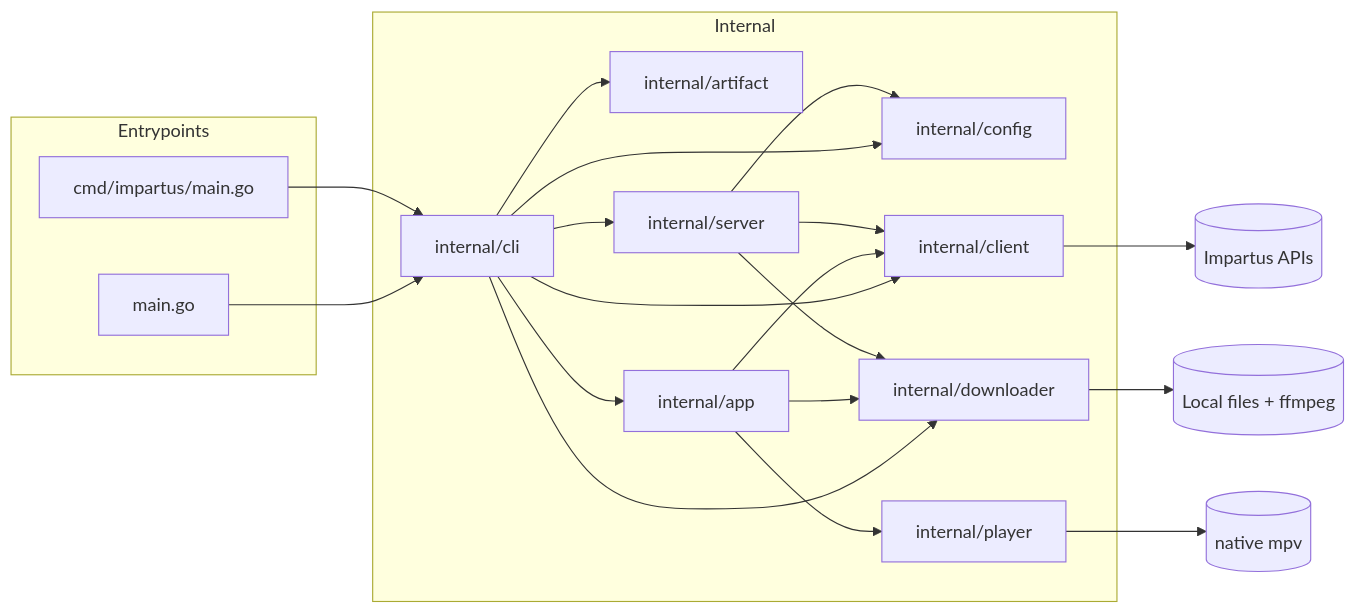
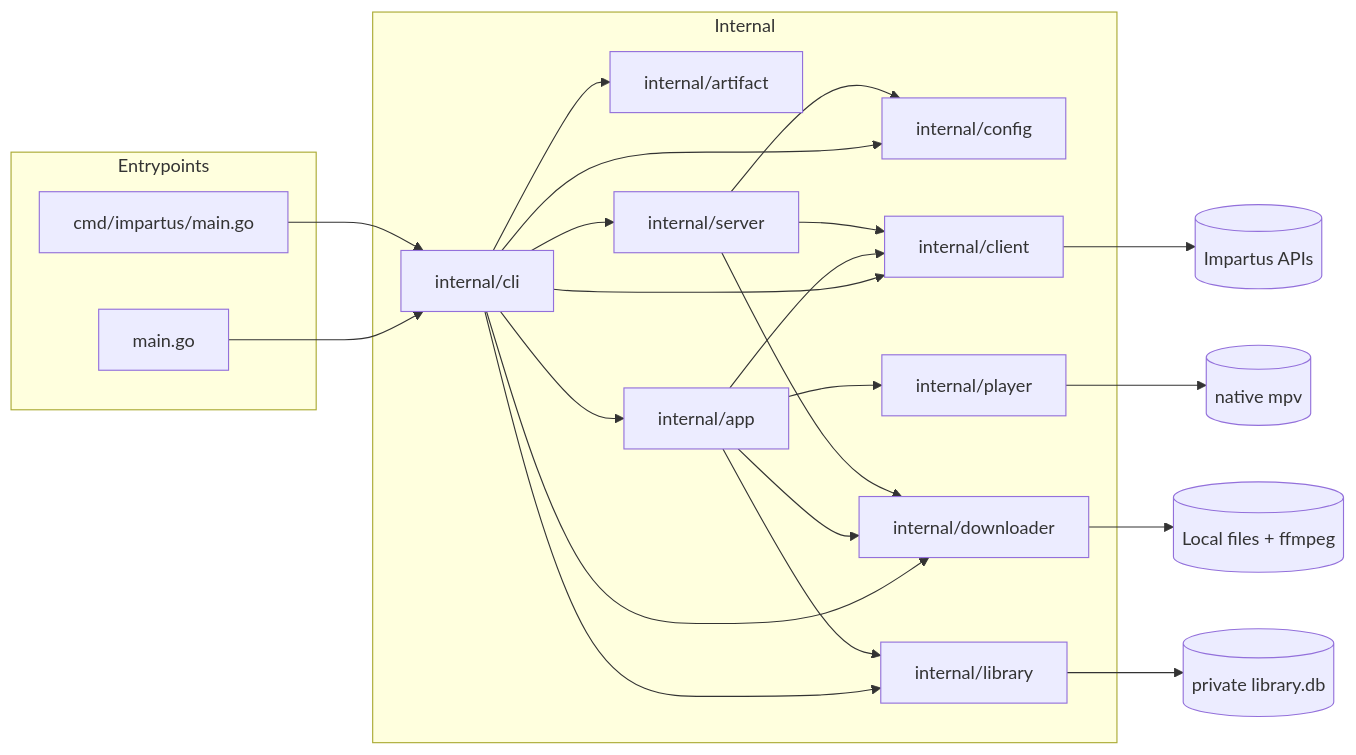
One commit to rabesss/impartus-cli changed the sixth of 6 diagrams in docs/architecture.md. Above: the diagram before and after it, drawn with Mermaid. The commit also changed other lines of this file and 43 other files, not shown here.

````diff
--- a/docs/architecture.md
+++ b/docs/architecture.md
@@ -150,40 +195,45 @@
 ```mermaid
 flowchart LR
   subgraph Entrypoints
     M1[main.go]
     M2[cmd/impartus/main.go]
   end
 
   subgraph Internal
     CLI[internal/cli]
     CFG[internal/config]
     CLT[internal/client]
     DL[internal/downloader]
     ART[internal/artifact]
     APP[internal/app]
     PLR[internal/player]
+    LIB[internal/library]
     SRV[internal/server]
   end
 
   IMP[(Impartus APIs)]
   FS[(Local files + ffmpeg)]
   MPV[(native mpv)]
+  DB[(private library.db)]
 
   M1 --> CLI
   M2 --> CLI
   CLI --> CFG
   CLI --> CLT
   CLI --> DL
   CLI --> ART
   CLI --> APP
+  CLI --> LIB
   CLI --> SRV
   APP --> CLT
   APP --> DL
   APP --> PLR
+  APP --> LIB
   SRV --> CFG
   SRV --> CLT
   SRV --> DL
   CLT --> IMP
   DL --> FS
   PLR --> MPV
+  LIB --> DB
 ```
````
